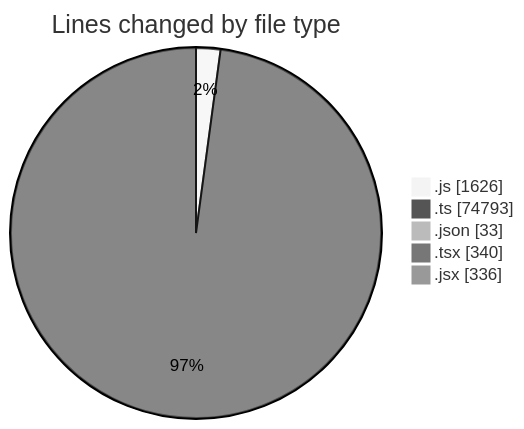
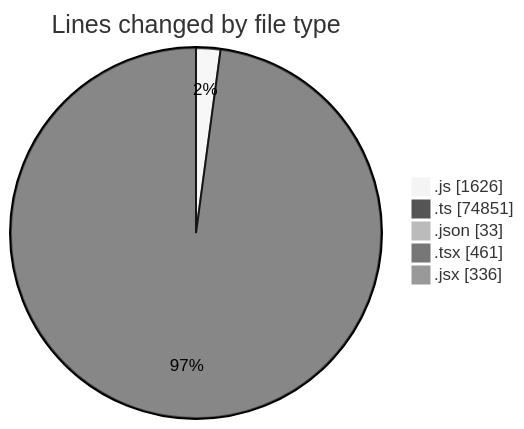
The first of 2 diagrams in 2026-07-27/cda/README.md (momahboobian/code-tracking), drawn with Mermaid (neutral theme) before and after one commit. The commit also changed other lines of this file and 1 other file, not shown here.

````diff
--- a/2026-07-27/cda/README.md
+++ b/2026-07-27/cda/README.md
@@ -43,9 +46,9 @@
 ```mermaid
 pie showData
 title Lines changed by file type
 ".js" : 1626
-".ts" : 74793
+".ts" : 74851
 ".json" : 33
-".tsx" : 340
+".tsx" : 461
 ".jsx" : 336
 ```
````
